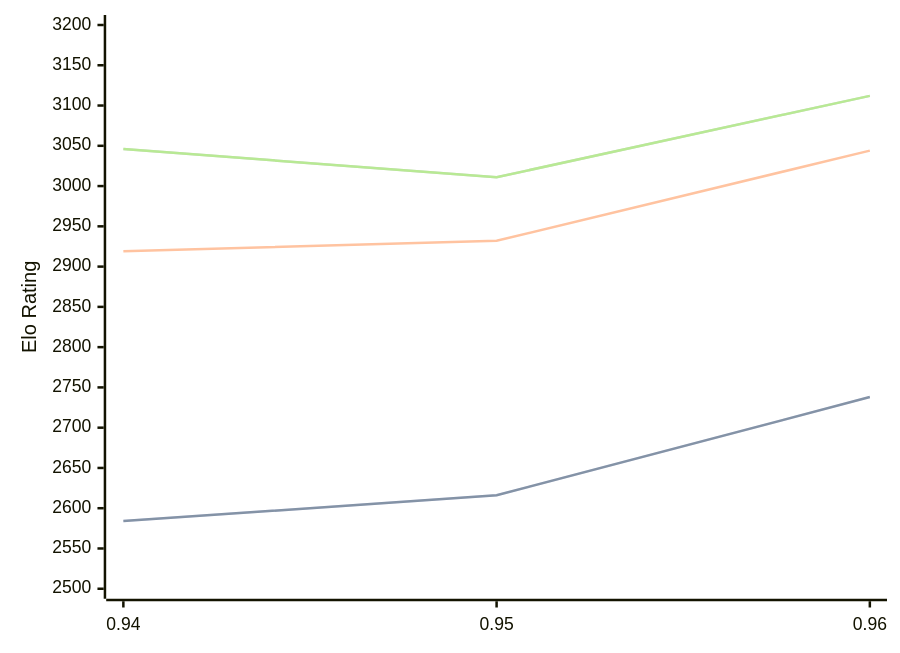
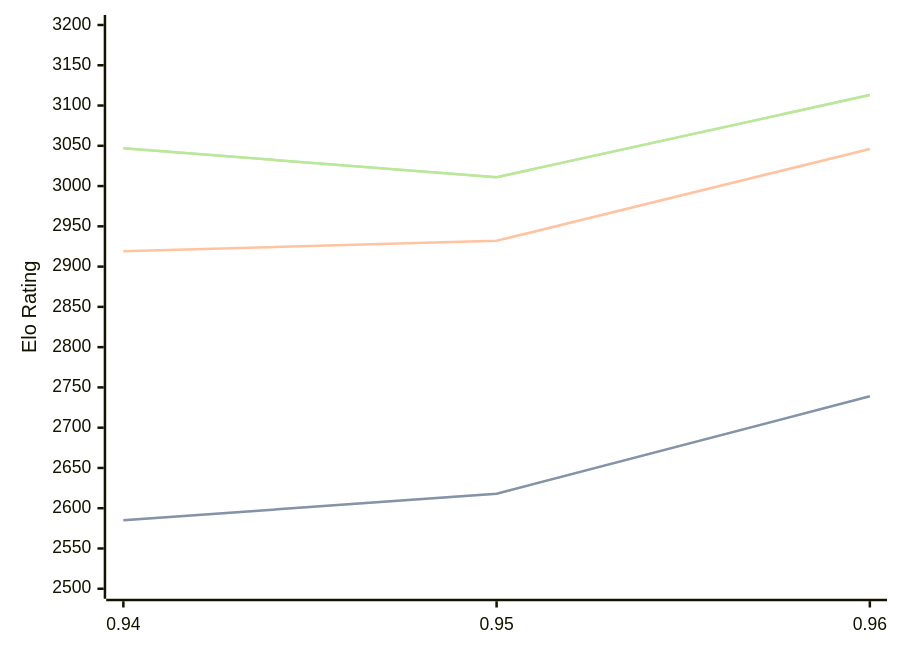
The diagram in engines/Myrddin.md (computer-chess-index/cci), drawn with Mermaid before and after one commit. The commit also changed other lines of this file, not shown here.

Commit message:
Update CCI Ratings (ELO VLTC) - 2026-07-24

````diff
--- a/engines/Myrddin.md
+++ b/engines/Myrddin.md
@@ -38,11 +38,11 @@
 ```mermaid
 %%{init: {"theme":"base","themeVariables":{"seriesColors:['#a3a3a3','#222221','#faa371']}}}%%
 xychart-beta
   x-axis ["0.94", "0.95", "0.96"]
   y-axis "Elo Rating" 2500 --> 3200
-  line "STC (8.0+0.08s)" [2584, 2616, 2738]
-  line "STC (8.0+0.08s)" [2584, 2616, 2738]
-  line "LTC (60.0+0.60s)" [2919, 2932, 3044]
-  line "VLTC (2m24s+1.12s)" [3046, 3011, 3112]
-  line "VLTC (2m24s+1.12s)" [3046, 3011, 3112]
+  line "STC (8.0+0.08s)" [2585, 2618, 2739]
+  line "STC (8.0+0.08s)" [2585, 2618, 2739]
+  line "LTC (60.0+0.60s)" [2919, 2932, 3046]
+  line "VLTC (2m24s+1.12s)" [3047, 3011, 3113]
+  line "VLTC (2m24s+1.12s)" [3047, 3011, 3113]
 ```
````
